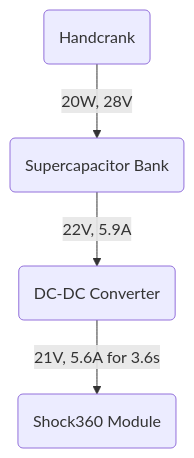
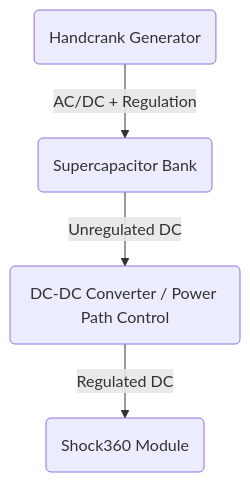
Before and after one commit to Sasanka-29/Supercapacitor: the diagram in README.md, drawn with Mermaid. The commit also changed other lines of this file, not shown here.

First line of the commit message:
Revise README for Handcrank-Charged Energy Storage

````diff
--- a/README.md
+++ b/README.md
@@ -30,6 +53,6 @@
 ```mermaid
 graph TD;
-    A(Handcrank) -->|20W, 28V| B(Supercapacitor Bank);
-    B -->|22V, 5.9A| C(DC-DC Converter);
-    C -->|21V, 5.6A for 3.6s| D(Shock360 Module);
+    A(Handcrank Generator) -->|AC/DC + Regulation| B(Supercapacitor Bank);
+    B -->|Unregulated DC| C(DC-DC Converter / Power Path Control);
+    C -->|Regulated DC| D(Shock360 Module);
 ```
````
